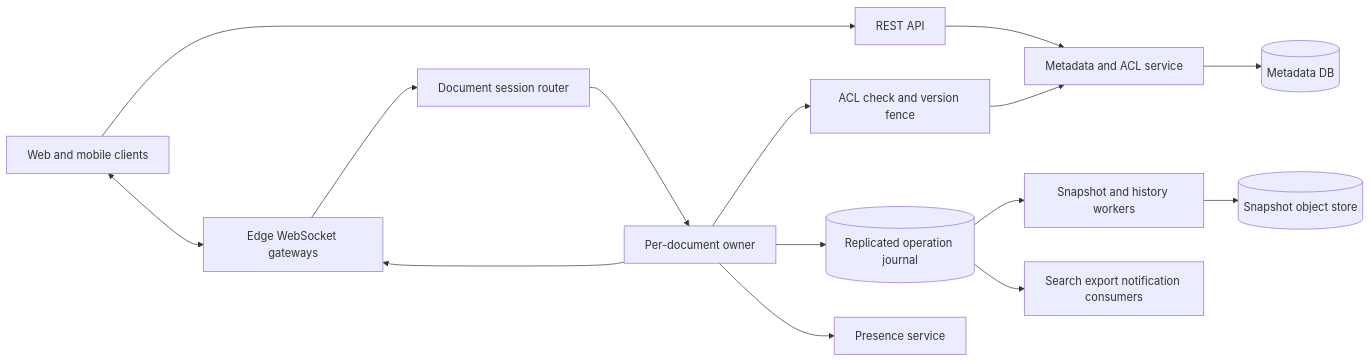
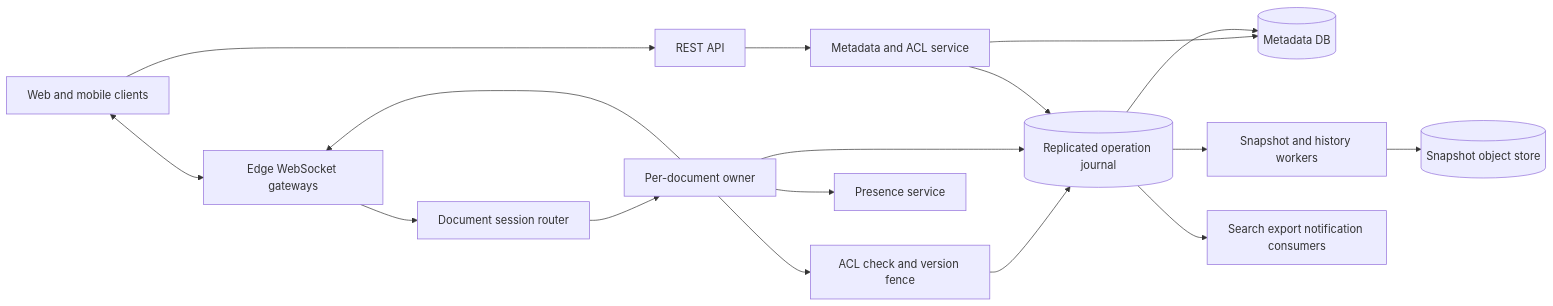
The second of 5 diagrams in google-docs-system-design.md (Pranshu258/system-design), drawn with Mermaid before and after one commit. The commit also changed other lines of this file and 23 other files, not shown here.

````diff
--- a/google-docs-system-design.md
+++ b/google-docs-system-design.md
@@ -168,17 +168,19 @@
 ```mermaid
 flowchart LR
     C["Web and mobile clients"] <--> E["Edge WebSocket gateways"]
     C --> API["REST API"]
     API --> M["Metadata and ACL service"]
     M --> MDB[("Metadata DB")]
     E --> R["Document session router"]
     R --> O["Per-document owner"]
     O --> A["ACL check and version fence"]
-    A --> M
+    A --> J
     O --> J[("Replicated operation journal")]
+    M --> J
+    J --> MDB
     O --> P["Presence service"]
     J --> H["Snapshot and history workers"]
     H --> S[("Snapshot object store")]
     J --> X["Search export notification consumers"]
     O --> E
 ```
````
